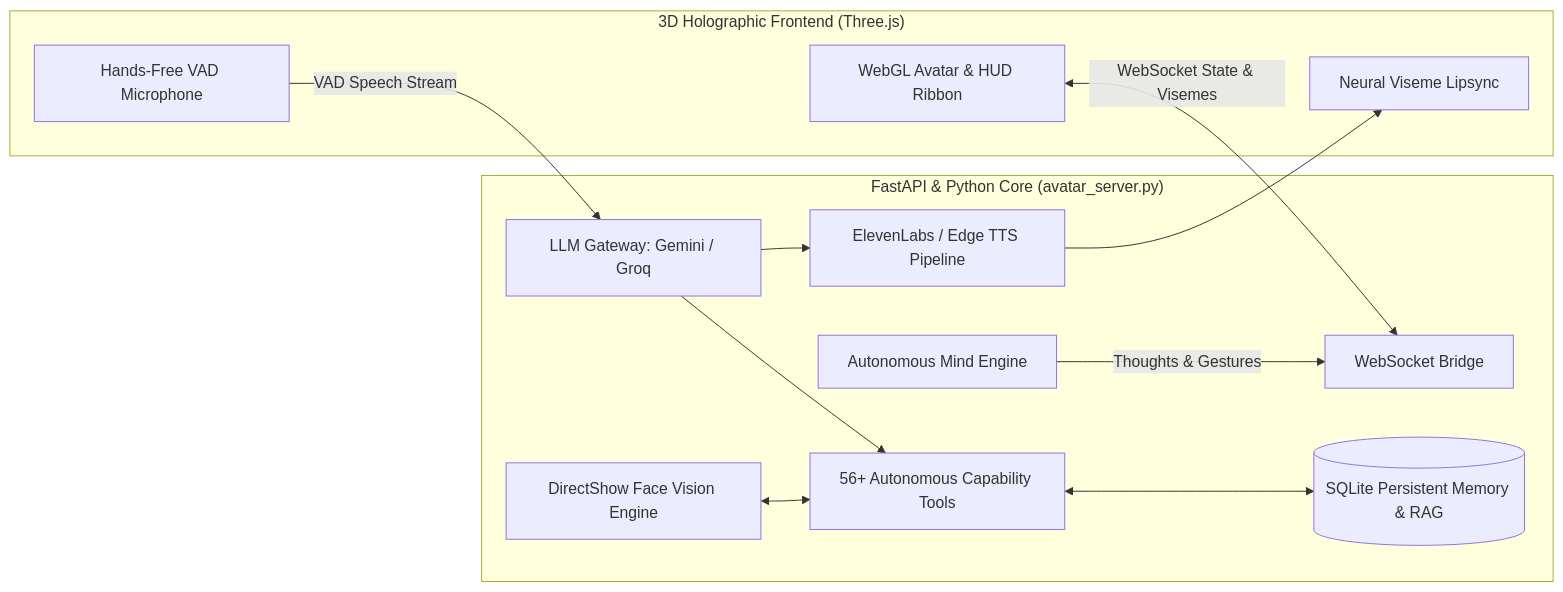
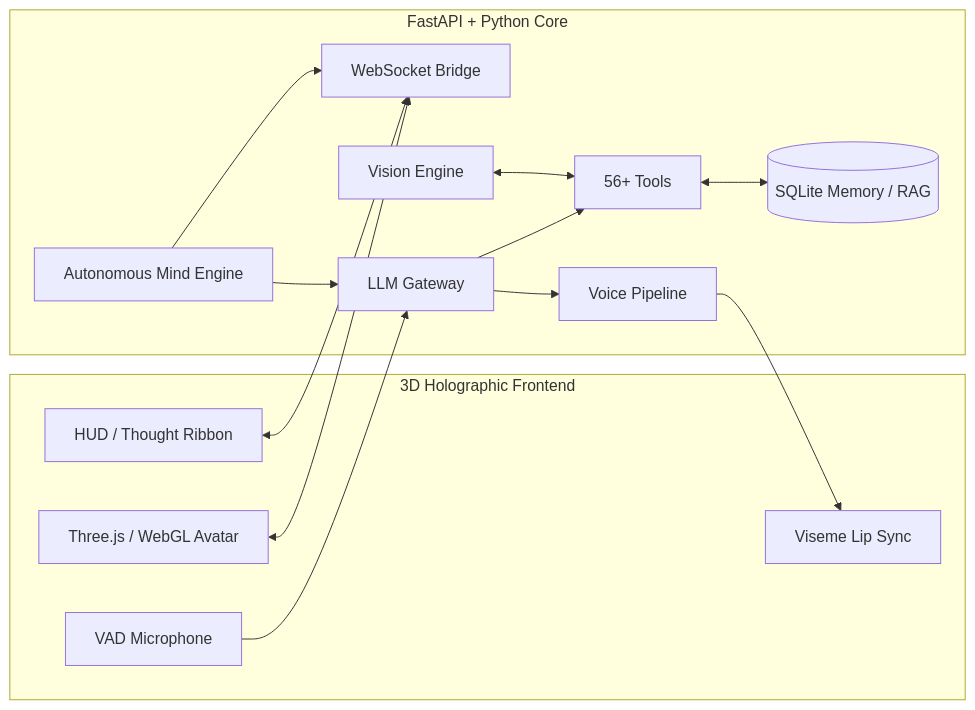
One commit to Utkarsh1087/Cortana changed the first of 2 diagrams in README.md. Above: the diagram before and after it, drawn with Mermaid. The commit also changed other lines of this file, not shown here.

````diff
--- a/README.md
+++ b/README.md
@@ -182,27 +383,35 @@
 ```mermaid
 flowchart LR
-    subgraph Frontend["3D Holographic Frontend (Three.js)"]
-        UI[WebGL Avatar & HUD Ribbon]
-        AudioIn[Hands-Free VAD Microphone]
-        AudioOut[Neural Viseme Lipsync]
+
+    subgraph Frontend["3D Holographic Frontend"]
+        UI[Three.js / WebGL Avatar]
+        AudioIn[VAD Microphone]
+        AudioOut[Viseme Lip Sync]
+        HUD[HUD / Thought Ribbon]
     end
 
-    subgraph Backend["FastAPI & Python Core (avatar_server.py)"]
+    subgraph Backend["FastAPI + Python Core"]
         WS[WebSocket Bridge]
         Mind[Autonomous Mind Engine]
-        LLM[LLM Gateway: Gemini / Groq]
-        Tools[56+ Autonomous Capability Tools]
-        Vision[DirectShow Face Vision Engine]
-        TTS[ElevenLabs / Edge TTS Pipeline]
-        DB[(SQLite Persistent Memory & RAG)]
+        LLM[LLM Gateway]
+        Tools[56+ Tools]
+        Vision[Vision Engine]
+        TTS[Voice Pipeline]
+        DB[(SQLite Memory / RAG)]
     end
 
-    UI <-->|WebSocket State & Visemes| WS
-    AudioIn -->|VAD Speech Stream| LLM
-    Mind -->|Thoughts & Gestures| WS
+    UI <--> WS
+    HUD <--> WS
+
+    AudioIn --> LLM
+    Mind --> WS
+    Mind --> LLM
+
     LLM --> Tools
     LLM --> TTS
+
     Tools <--> DB
     Vision <--> Tools
+
     TTS --> AudioOut
 ```
````
